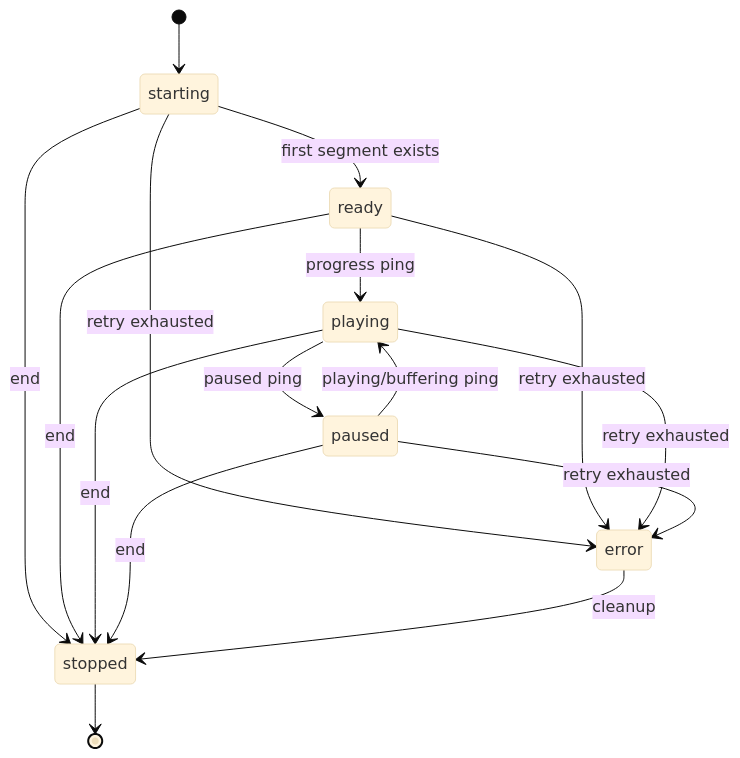
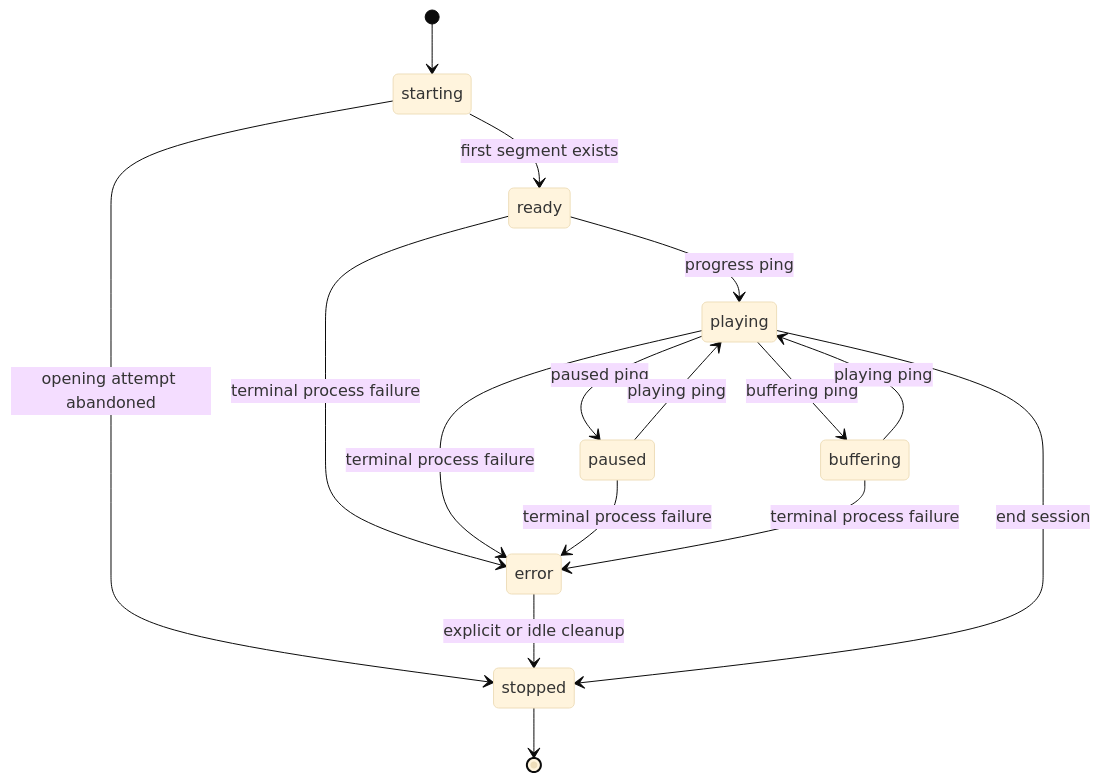
The diagram in droid-wiki/systems/playback/lifecycle.md (VeroxAUS/homestream), drawn with Mermaid (base theme) before and after one commit. The commit also changed other lines of this file and 48 other files, not shown here.

````diff
--- a/droid-wiki/systems/playback/lifecycle.md
+++ b/droid-wiki/systems/playback/lifecycle.md
@@ -11,18 +11,18 @@
 ```mermaid
 stateDiagram-v2
     [*] --> starting
     starting --> ready: first segment exists
+    starting --> stopped: opening attempt abandoned
     ready --> playing: progress ping
     playing --> paused: paused ping
-    paused --> playing: playing/buffering ping
-    starting --> error: retry exhausted
-    ready --> error: retry exhausted
-    playing --> error: retry exhausted
-    paused --> error: retry exhausted
-    starting --> stopped: end
-    ready --> stopped: end
-    playing --> stopped: end
-    paused --> stopped: end
-    error --> stopped: cleanup
+    paused --> playing: playing ping
+    playing --> buffering: buffering ping
+    buffering --> playing: playing ping
+    ready --> error: terminal process failure
+    playing --> error: terminal process failure
+    paused --> error: terminal process failure
+    buffering --> error: terminal process failure
+    error --> stopped: explicit or idle cleanup
+    playing --> stopped: end session
     stopped --> [*]
 ```
````
